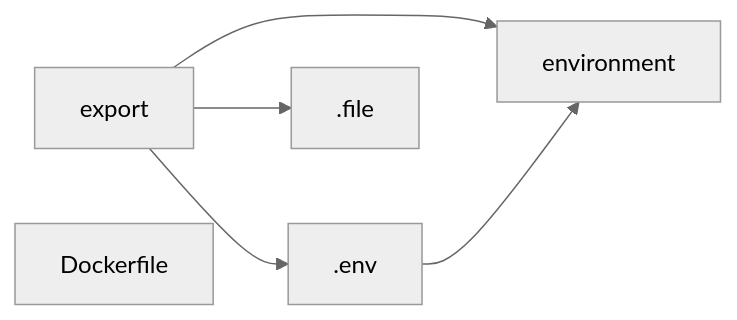
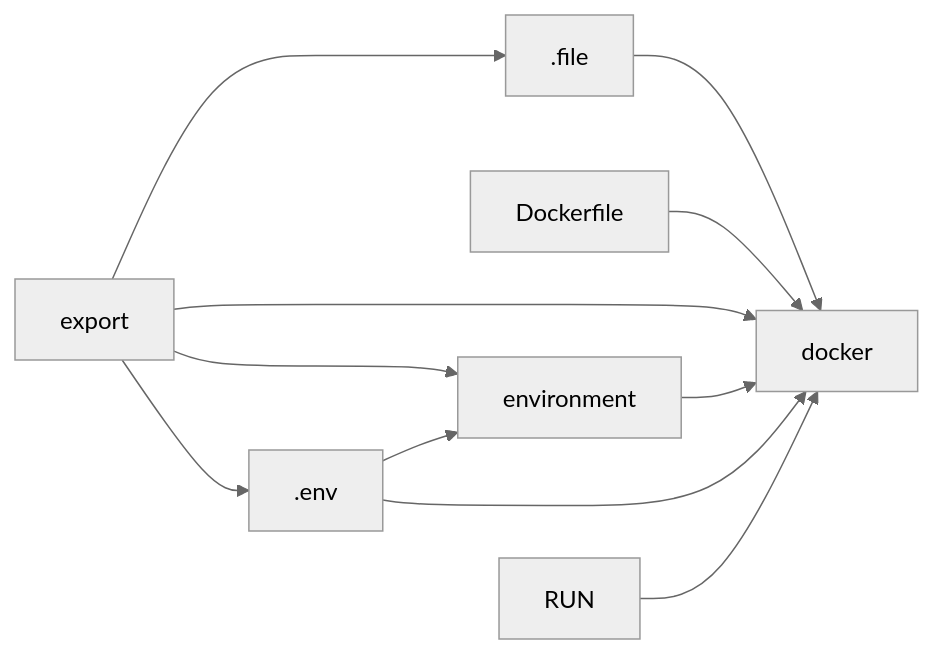
One commit to askirmas/arg-env changed the first of 2 diagrams in propagation/result.md. Above: the diagram before and after it, drawn with Mermaid (neutral theme). The commit also changed other lines of this file and 3 other files, not shown here.

Commit message:
Update propagated to valid info and calculated diagram

````diff
--- a/propagation/result.md
+++ b/propagation/result.md
@@ -41,13 +7,20 @@
 ```mermaid
 flowchart LR
+
 EXPORT["export"]
 ROOT[".env"]
 INLINE["environment"]
 INTERNAL_1[".file"]
 DOCKER["Dockerfile"]
+INTERNAL_1 --> docker
 
+DOCKER --> docker
+EXPORT --> docker
+INLINE --> docker
+ROOT --> docker
+RUN --> docker
 EXPORT --> INLINE
 ROOT --> INLINE
 EXPORT --> INTERNAL_1
 EXPORT --> ROOT
 ```
````
